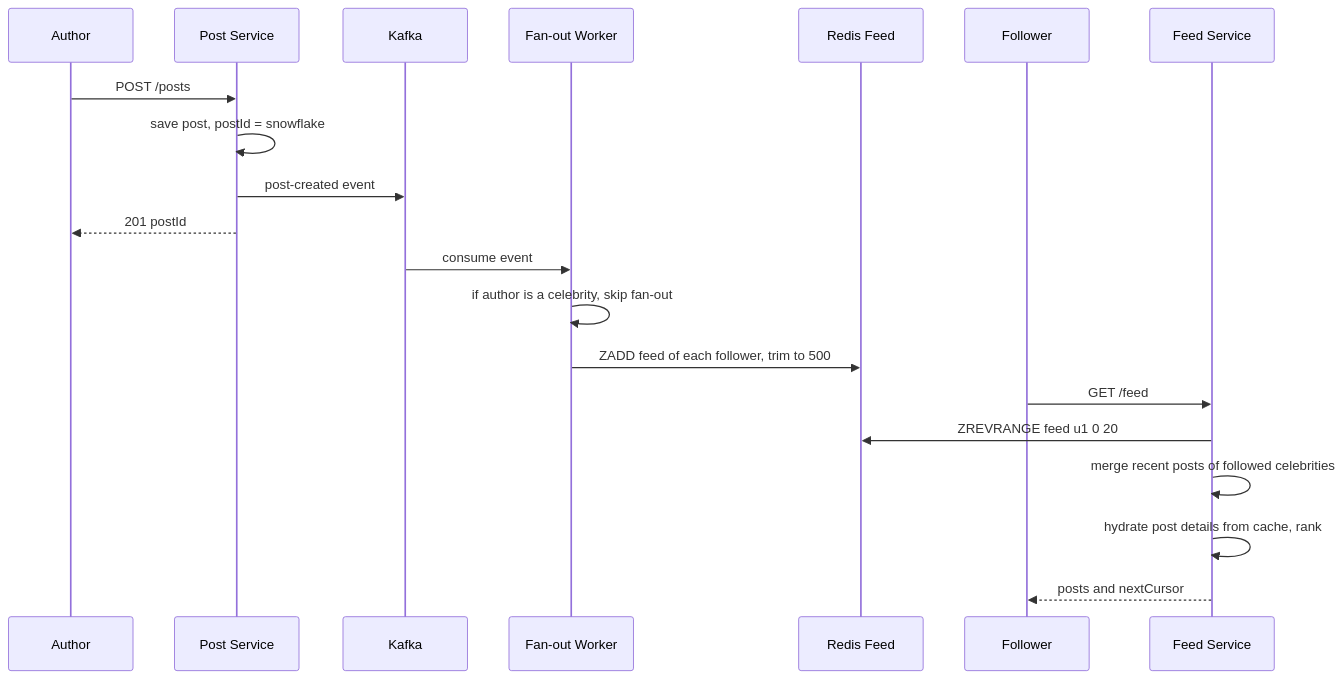
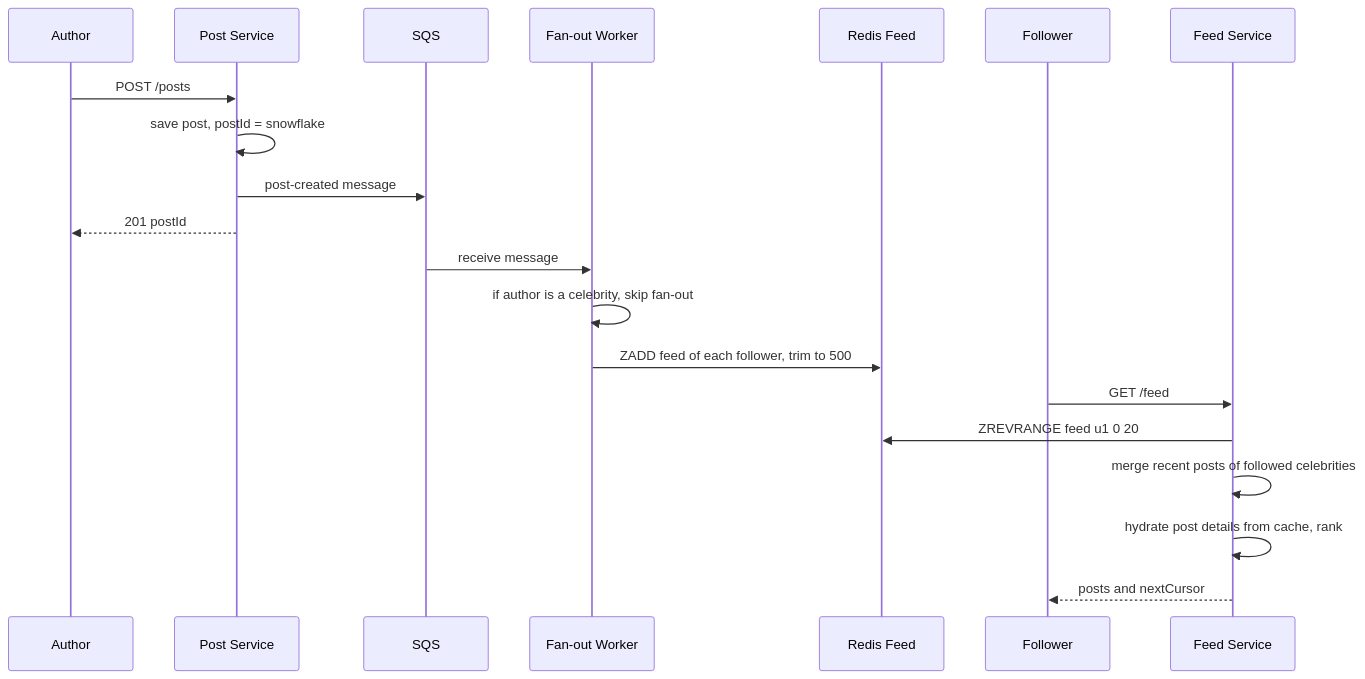
Before and after one commit to flow6979/system-design-prep: the second of 3 diagrams in content-en/02-questions/t1-03-news-feed.md, drawn with Mermaid. The commit also changed other lines of this file and 61 other files, not shown here.

````diff
--- a/content-en/02-questions/t1-03-news-feed.md
+++ b/content-en/02-questions/t1-03-news-feed.md
@@ -108,22 +116,22 @@
 ```mermaid
 sequenceDiagram
   participant A as Author
   participant PS as Post Service
-  participant K as Kafka
+  participant Q as SQS
   participant FO as Fan-out Worker
   participant FC as Redis Feed
   participant U as Follower
   participant FS as Feed Service
   A->>PS: POST /posts
   PS->>PS: save post, postId = snowflake
-  PS->>K: post-created event
+  PS->>Q: post-created message
   PS-->>A: 201 postId
-  K->>FO: consume event
+  Q->>FO: receive message
   FO->>FO: if author is a celebrity, skip fan-out
   FO->>FC: ZADD feed of each follower, trim to 500
   U->>FS: GET /feed
   FS->>FC: ZREVRANGE feed u1 0 20
   FS->>FS: merge recent posts of followed celebrities
   FS->>FS: hydrate post details from cache, rank
   FS-->>U: posts and nextCursor
 ```
````
